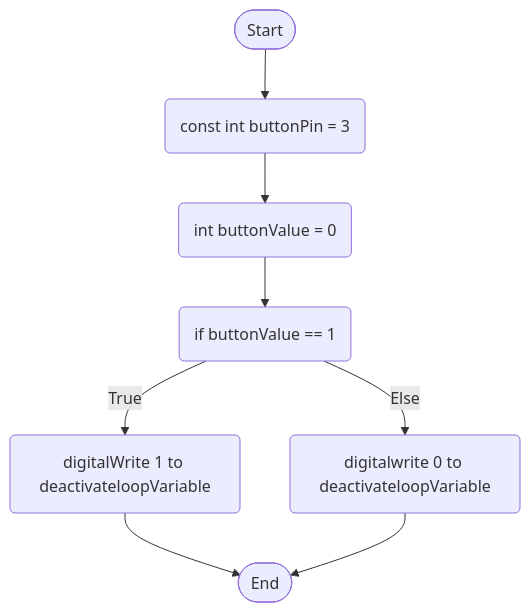
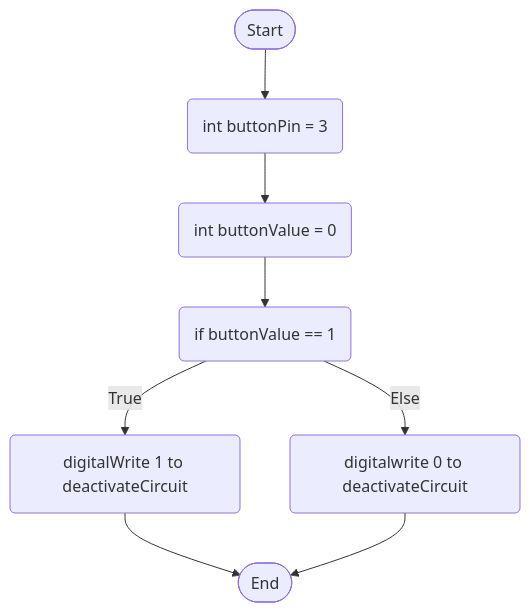
The diagram in Flowcharts/firstButtonLogic.md (4060269/SmartWorkstationAssessment3), drawn with Mermaid before and after one commit.

````diff
--- a/Flowcharts/firstButtonLogic.md
+++ b/Flowcharts/firstButtonLogic.md
@@ -3,18 +3,18 @@
 ```mermaid
 flowchart TD
 terminalStart([Start])
 terminalEnd([End])
-setbuttonPin(const int buttonPin = 3)
+setbuttonPin(int buttonPin = 3)
 setbuttonValue(int buttonValue = 0)
 activateButton0(if buttonValue == 1)
-activateButton1(digitalWrite 1 to deactivateloopVariable)
-activateButton2(digitalwrite 0 to deactivateloopVariable)
+activateButton1(digitalWrite 1 to deactivateCircuit)
+activateButton2(digitalwrite 0 to deactivateCircuit)
    
 terminalStart --> setbuttonPin
 setbuttonPin --> setbuttonValue
 setbuttonValue --> activateButton0
 activateButton0 --> |True| activateButton1
 activateButton0 --> |Else| activateButton2
 activateButton1 --> terminalEnd
 activateButton2 --> terminalEnd
 ```
````
